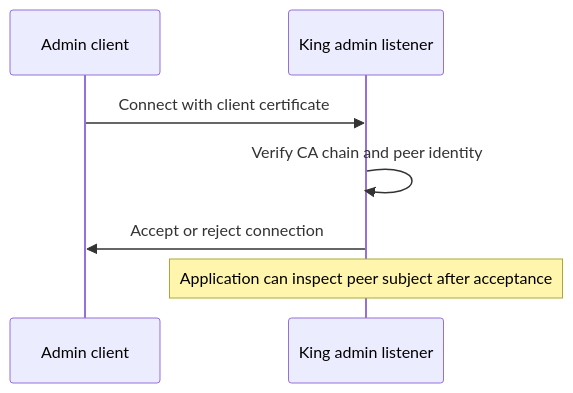
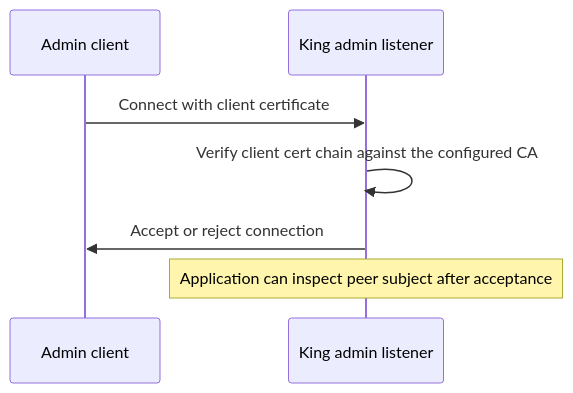
Before and after one commit to Intelligent-Intern/king: the second of 2 diagrams in documentation/13-admin-api-and-tls-reload/README.md, drawn with Mermaid. The commit also changed other lines of this file and 4 other files, not shown here.

````diff
--- a/documentation/13-admin-api-and-tls-reload/README.md
+++ b/documentation/13-admin-api-and-tls-reload/README.md
@@ -64,10 +65,10 @@
 ```mermaid
 sequenceDiagram
     participant Client as Admin client
     participant Server as King admin listener
 
     Client->>Server: Connect with client certificate
-    Server->>Server: Verify CA chain and peer identity
+    Server->>Server: Verify client cert chain against the configured CA
     Server->>Client: Accept or reject connection
     Note over Server: Application can inspect peer subject after acceptance
 ```
````
